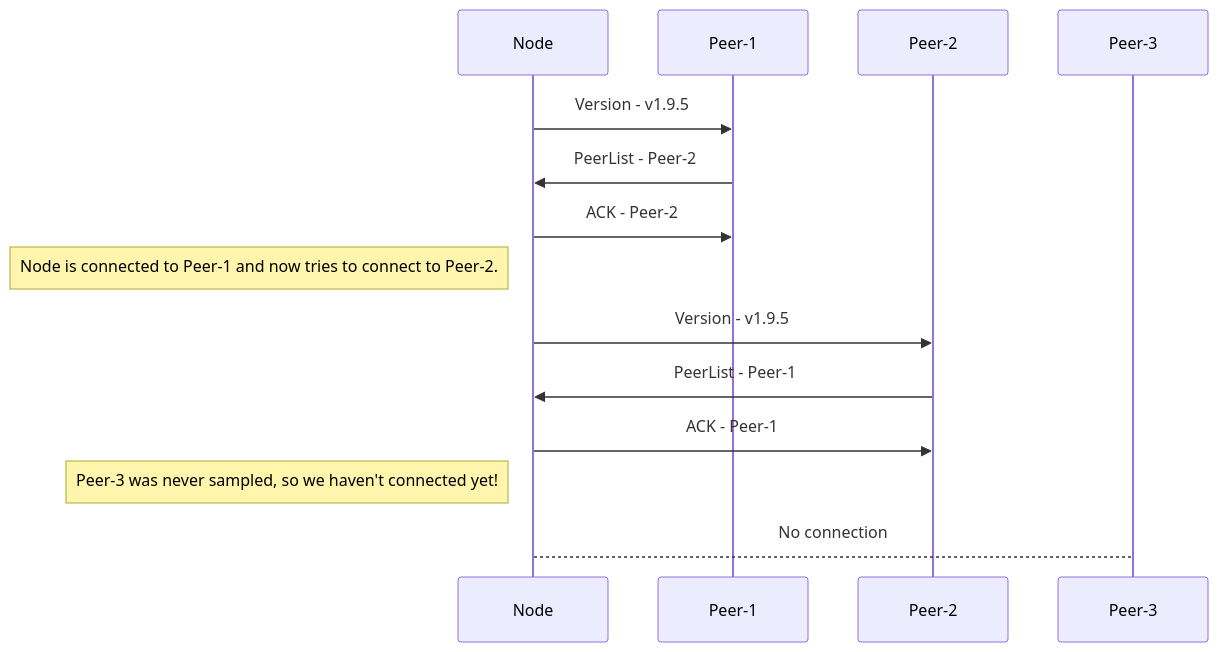
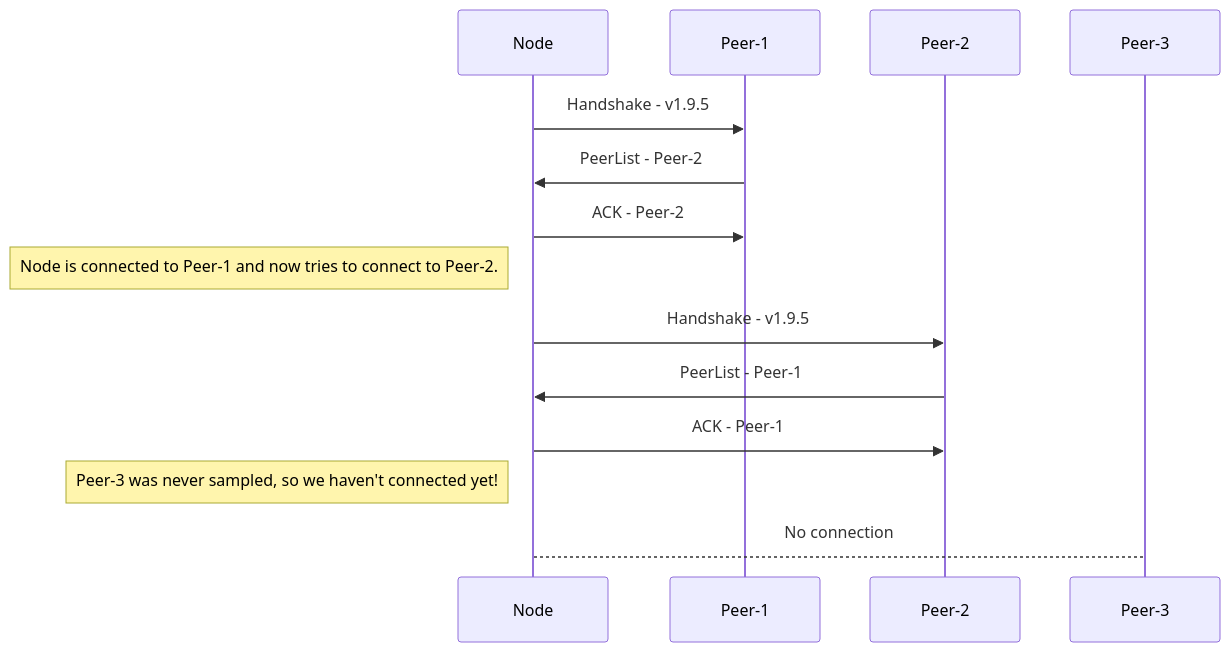
Before and after one commit to luxfi/node: the fourth of 5 diagrams in network/README.md, drawn with Mermaid. The commit also changed other lines of this file and 9 other files, not shown here.

Commit message:
Rename `Version` message to  `Handshake` (#2479)

````diff
--- a/network/README.md
+++ b/network/README.md
@@ -91,12 +91,12 @@
 ```mermaid
 sequenceDiagram
-Node ->> Peer-1: Version - v1.9.5
+Node ->> Peer-1: Handshake - v1.9.5
 Peer-1 ->> Node: PeerList - Peer-2
 Node ->> Peer-1: ACK - Peer-2
 Note left of Node: Node is connected to Peer-1 and now tries to connect to Peer-2.
-Node ->> Peer-2: Version - v1.9.5
+Node ->> Peer-2: Handshake - v1.9.5
 Peer-2 ->> Node: PeerList - Peer-1
 Node ->> Peer-2: ACK - Peer-1
 Note left of Node: Peer-3 was never sampled, so we haven't connected yet!
 Node --> Peer-3: No connection
 ```
````
